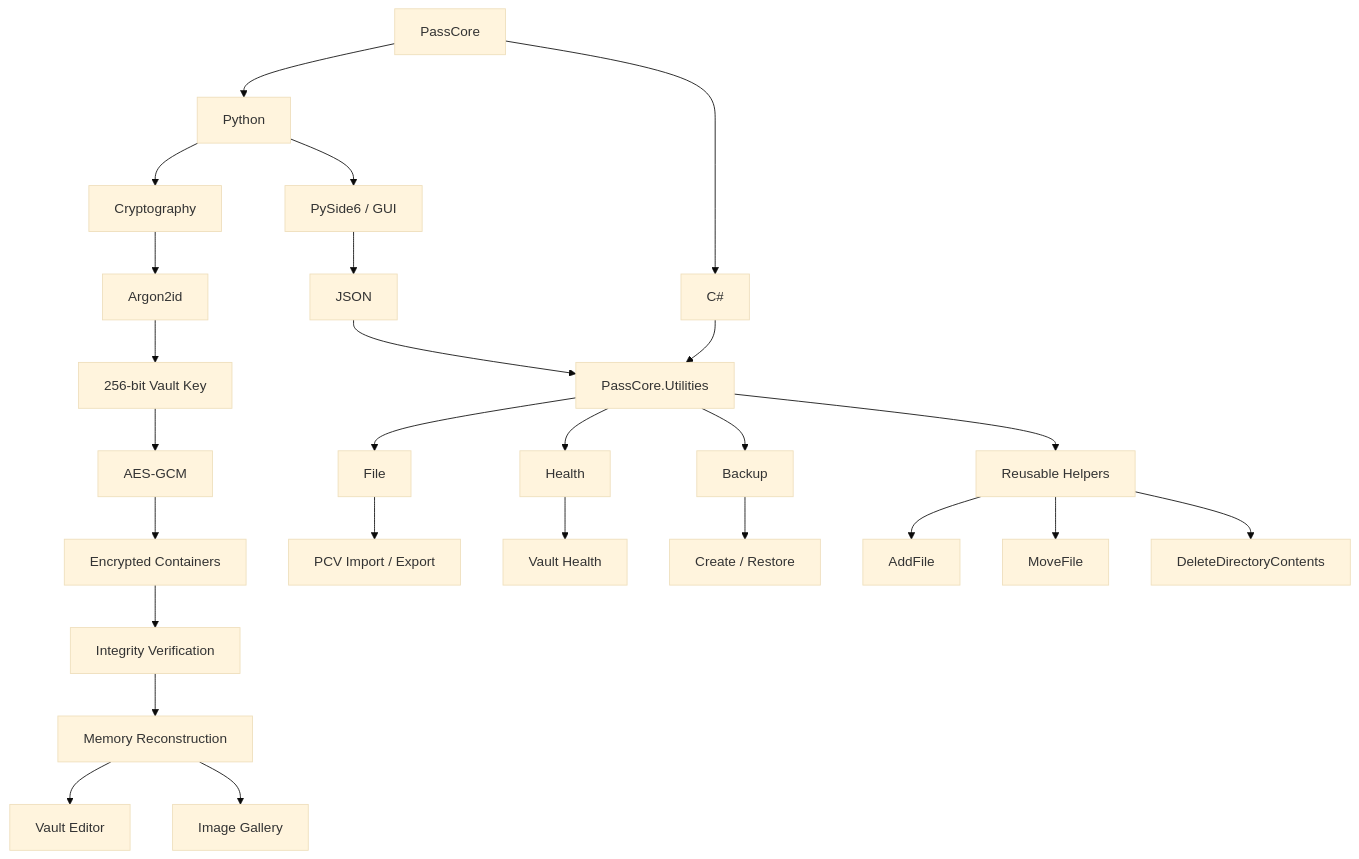
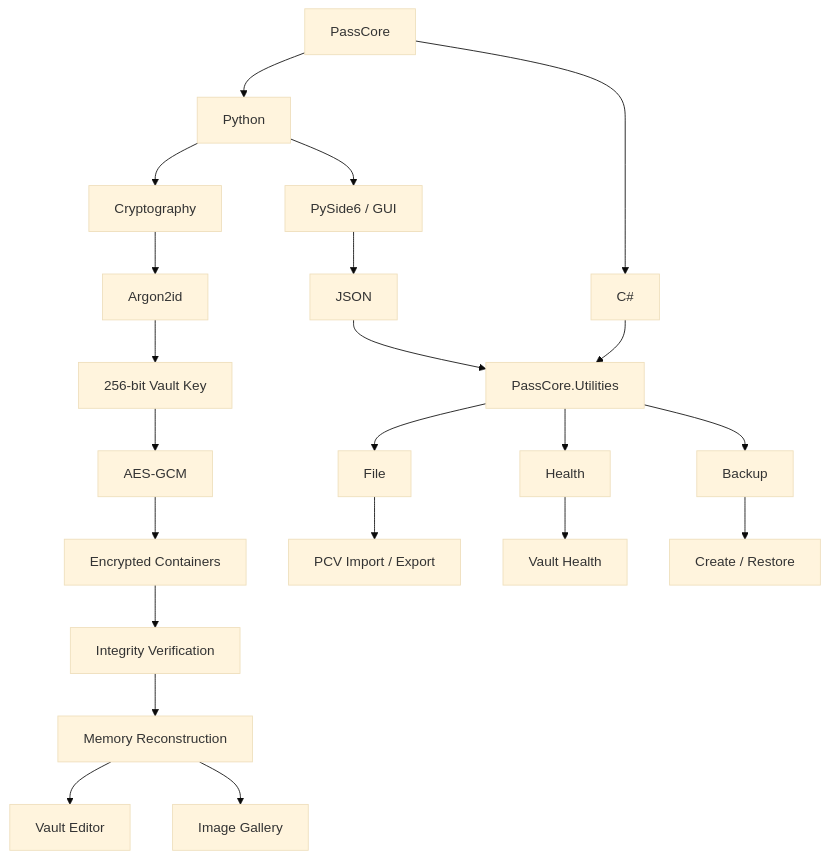
One commit to Money-Ape/PassCore changed the diagram in README.md. Above: the diagram before and after it, drawn with Mermaid (base theme). The commit also changed other lines of this file, not shown here.

````diff
--- a/README.md
+++ b/README.md
@@ -83,61 +71,34 @@
 ```mermaid
 flowchart TD
-
-%% ==========================================================
-%% PASSCORE
 
 PC["PassCore"]
 
 PC --> PY["Python"]
 PC --> CS["C#"]
 
-
-%% ==========================================================
-%% PYTHON SIDE
-
 PY --> UI["PySide6 / GUI"]
 PY --> CRYPTO["Cryptography"]
 
 CRYPTO --> KDF["Argon2id"]
 KDF --> KEY["256-bit Vault Key"]
-
 KEY --> AES["AES-GCM"]
 
 AES --> STORAGE["Encrypted Containers"]
 STORAGE --> INTEGRITY["Integrity Verification"]
 INTEGRITY --> RECON["Memory Reconstruction"]
 
 RECON --> EDITOR["Vault Editor"]
 RECON --> GALLERY["Image Gallery"]
 
-
-%% ==========================================================
-%% PYTHON ↔ C# BRIDGE
-
 UI --> JSON["JSON"]
 JSON --> UTIL["PassCore.Utilities"]
-
-
-%% ==========================================================
-%% C# UTILITY ENGINE
-
 CS --> UTIL
 
 UTIL --> FILE["File"]
 UTIL --> HEALTH["Health"]
 UTIL --> BACKUP["Backup"]
 
 FILE --> PCV["PCV Import / Export"]
 HEALTH --> VH["Vault Health"]
 BACKUP --> BR["Create / Restore"]
-
-
-%% ==========================================================
-%% REUSABLE HELPERS
-
-UTIL --> HELPERS["Reusable Helpers"]
-
-HELPERS --> ADD["AddFile"]
-HELPERS --> MOVE["MoveFile"]
-HELPERS --> DELETE["DeleteDirectoryContents"]
 ```
````
